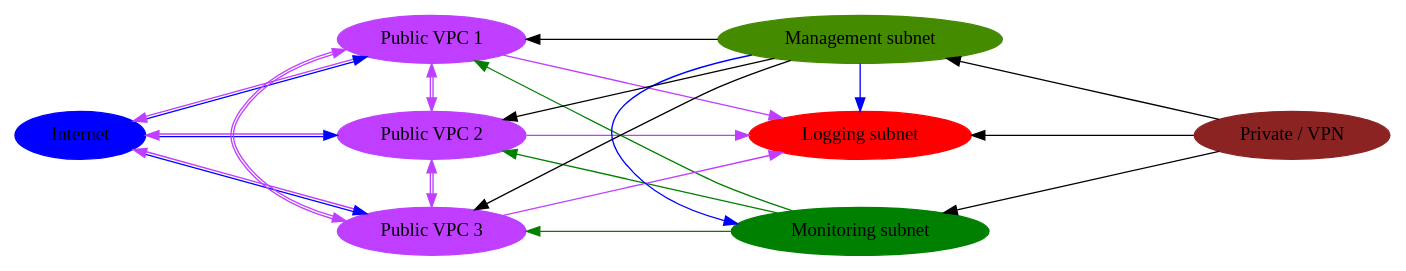
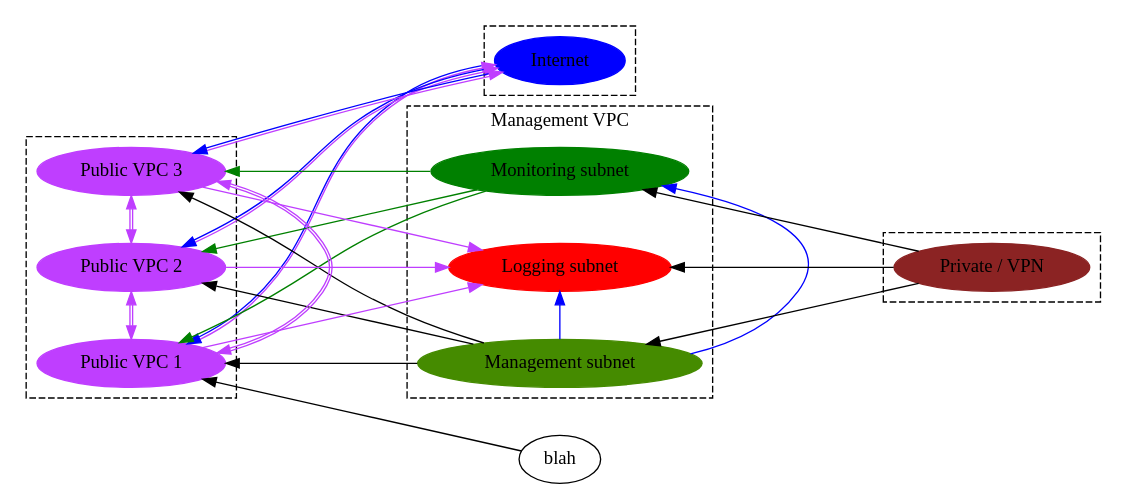
One commit to jpancoast/cloudsetup changed the diagram in docs/overall_layout.dot. Above: the diagram before and after it, drawn with Graphviz. The commit also changed 3 other files, not shown here.

```diff
--- a/docs/overall_layout.dot
+++ b/docs/overall_layout.dot
@@ -1,69 +1,101 @@
 digraph G {
     #http://www.graphviz.org/pdf/dotguide.pdf
-    rankdir = LR
+    rankdir = RL
+
+    pack=true;
+    packmode="array_u";
+    compound=true;
+
 
     Internet [ color = blue, style = filled ]
+
     "Monitoring subnet" [ color = green, style = filled ]
     "Logging subnet" [ color = red, style = filled ]
+    "Management subnet" [ color = "chartreuse4", style = filled ]
 
     "Public VPC 1" [ color = "darkorchid1", style = filled ]
     "Public VPC 2" [ color = "darkorchid1", style = filled ]
     "Public VPC 3" [ color = "darkorchid1", style = filled ]
 
     "Private / VPN" [ color = "brown4", style = filled ]
 
-    "Management subnet" [ color = "chartreuse4", style = filled ]
 
     ranksep = 2.0
     nodesep = .5
+
+    subgraph cluster_A
+    {
+        style="dashed"
+        sortv=1;
+    {
+        rank = min;
+        Internet;
+    }
+}
+
+    subgraph cluster_B
+    {
+        sortv=2;
+        style="dashed"
+    {
+        rank = same;
+        "Public VPC 1"; "Public VPC 2"; "Public VPC 3";
+    }
+}
+
+
+
+    subgraph cluster_C
+    {
+        sortv=3;
+        "Management subnet" -> "Monitoring subnet" [ color="blue" ];
+        "Management subnet" -> "Logging subnet" [ color="blue" ];
+        style="dashed";
+        label="Management VPC";
+
+        {
+            rank=same;
+            "Monitoring subnet"; "Logging subnet"; "Management subnet";
+        }
+    }
+
+
+    subgraph cluster_D
+    {
+        sortv=4;
+        style="dashed"
+    {
+        rank = max;
+        "Private / VPN"
+    }
+}
+
+
+
+    blah->"Public VPC 1"
 
     Internet -> "Public VPC 1" [dir=both color="blue:darkorchid1"];
     Internet -> "Public VPC 2" [dir=both color="blue:darkorchid1"];
     Internet -> "Public VPC 3" [dir=both color="blue:darkorchid1"];
 
-
-    {
-        rank = min;
-        Internet;
-    }
-
-    {
-        rank = same;
-        "Public VPC 1"; "Public VPC 2"; "Public VPC 3";
-    }
-
-
-    {
-        rank = same;
-        "Monitoring subnet"; "Logging subnet"; "Management subnet";
-    }
-
-    {
-        rank = max;
-        "Private / VPN"
-    }
-
-
     "Public VPC 1" -> "Public VPC 2" [dir=both color="darkorchid1:darkorchid1"];
     "Public VPC 1" -> "Public VPC 3" [dir=both color="darkorchid1:darkorchid1"];
     "Public VPC 2" -> "Public VPC 3" [dir=both color="darkorchid1:darkorchid1"];
 
-    "Management subnet" -> "Monitoring subnet" [ color="blue" ];
-    "Management subnet" -> "Logging subnet" [ color="blue" ];
 
     "Private / VPN" -> "Monitoring subnet"
     "Private / VPN" -> "Logging subnet"
     "Private / VPN" -> "Management subnet"
 
     "Management subnet" -> "Public VPC 1"
     "Management subnet" -> "Public VPC 2"
     "Management subnet" -> "Public VPC 3"
 
     "Monitoring subnet" -> "Public VPC 1" [ color="green"];
     "Monitoring subnet" -> "Public VPC 2" [ color="green"];
     "Monitoring subnet" -> "Public VPC 3" [ color="green"];
 
     "Public VPC 1" -> "Logging subnet" [ color = "darkorchid1" ];
     "Public VPC 2" -> "Logging subnet" [ color = "darkorchid1" ];
     "Public VPC 3" -> "Logging subnet" [ color = "darkorchid1" ];
 }
```
